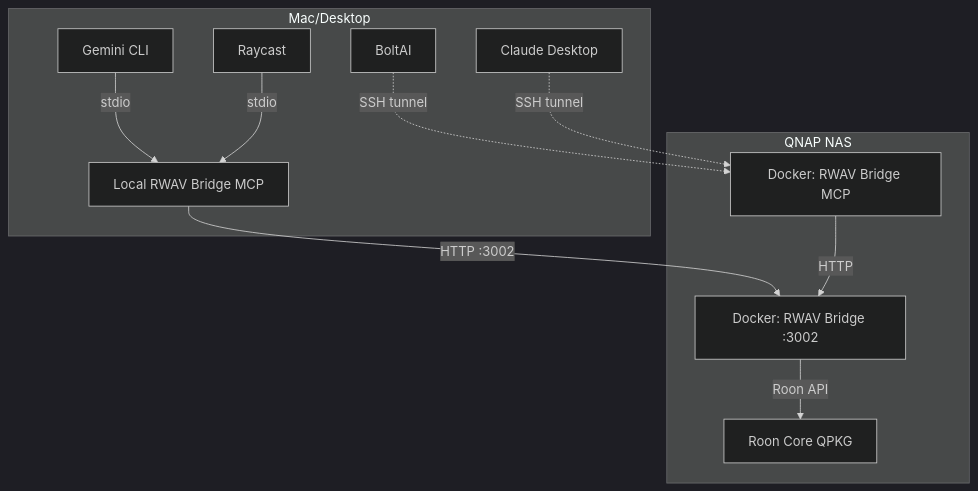
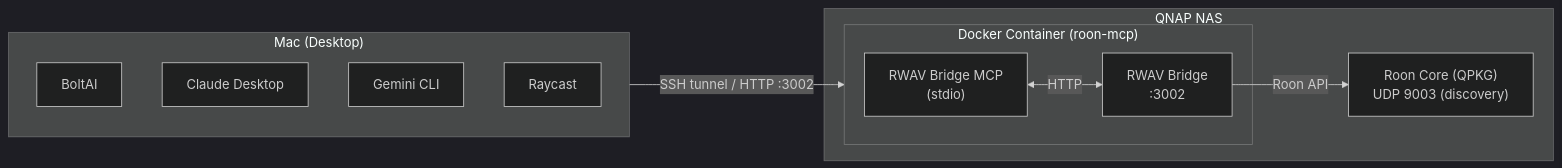
One commit to markminnoye/roon-mcp-qnap changed the second of 4 diagrams in ARCHITECTURE.md. Above: the diagram before and after it, drawn with Mermaid (dark theme). The commit also changed other lines of this file, not shown here.

Commit message:
updated architecture graphs

````diff
--- a/ARCHITECTURE.md
+++ b/ARCHITECTURE.md
@@ -9,24 +59,22 @@
 ```mermaid
-graph TB
-    subgraph Desktop["Mac/Desktop"]
-        A1["BoltAI"]
-        A2["Claude Desktop"]
-        A3["Gemini CLI"]
-        A4["Raycast"]
-        E["Local RWAV Bridge MCP"]
+flowchart LR
+    subgraph QNAP["QNAP NAS"]
+        subgraph Docker["Docker Container (roon-mcp)"]
+            mcp["RWAV Bridge MCP<br>(stdio)"]
+            bridge["RWAV Bridge<br>:3002"]
+        end
+        roon["Roon Core (QPKG)<br>UDP 9003 (discovery)"]
     end
+
+    subgraph Mac["Mac (Desktop)"]
+        bolt[BoltAI]
+        claude[Claude Desktop]
+        gemini[Gemini CLI]
+        raycast[Raycast]
+    end
+
+    Mac -- "SSH tunnel / HTTP :3002" --> Docker
     
-    subgraph NAS["QNAP NAS"]
-        B["Docker: RWAV Bridge MCP"]
-        C["Docker: RWAV Bridge :3002"]
-        D["Roon Core QPKG"]
-    end
-    
-    A1 -.->|SSH tunnel| B
-    A2 -.->|SSH tunnel| B
-    A3 -->|stdio| E
-    A4 -->|stdio| E
-    E -->|HTTP :3002| C
-    B -->|HTTP| C
-    C -->|Roon API| D
+    mcp <-->|"HTTP"| bridge
+    bridge -- "Roon API" --> roon
 ```
````
